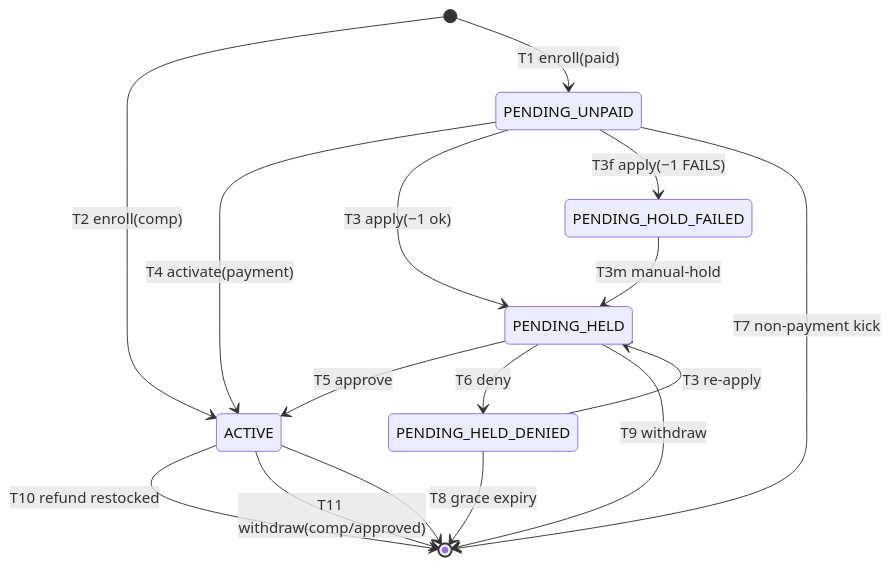
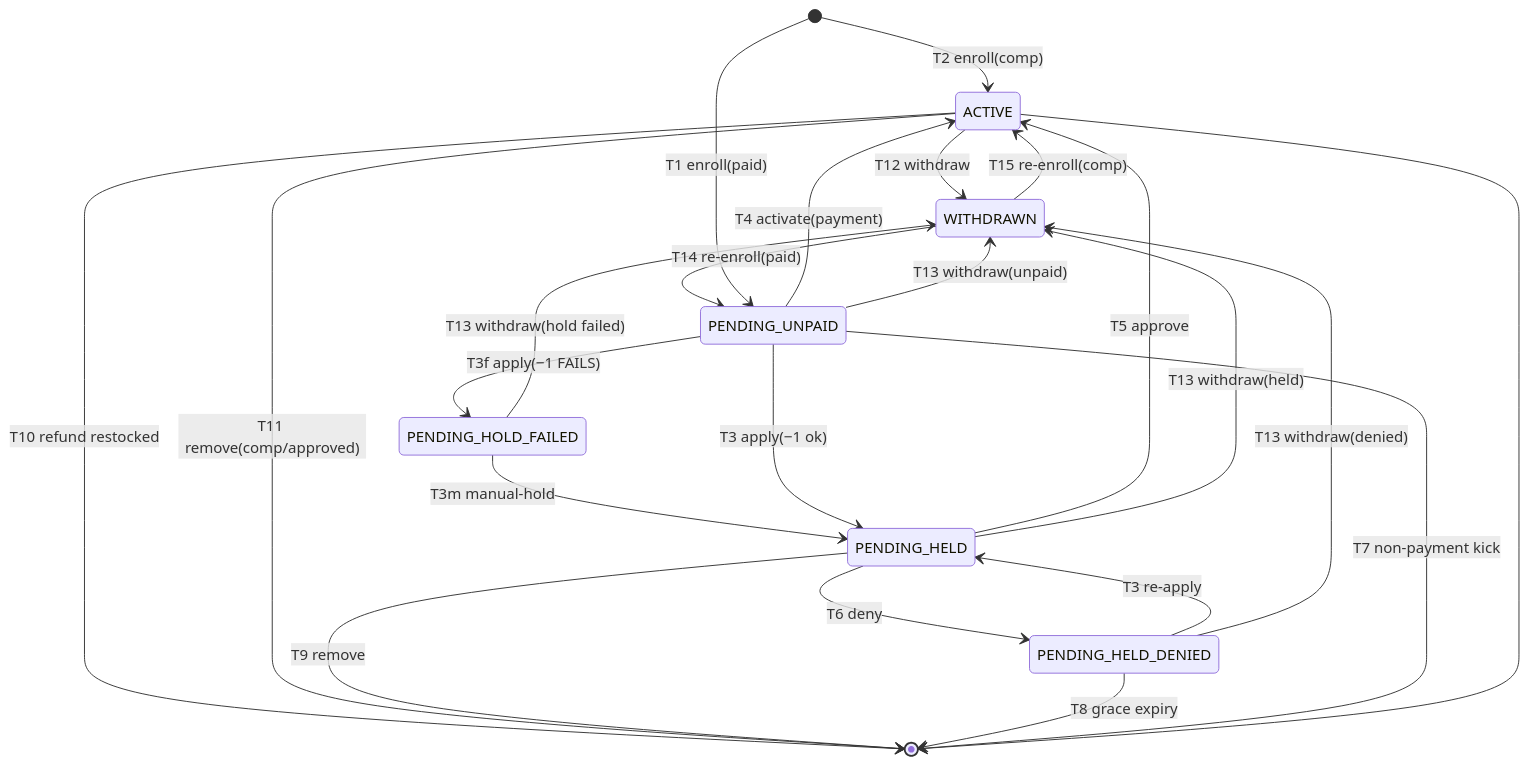
One commit to innovationtreehouse/apps.checkin changed the diagram in docs/generated/lifecycle/enrollment.md. Above: the diagram before and after it, drawn with Mermaid. The commit also changed other lines of this file and 24 other files, not shown here.

````diff
--- a/docs/generated/lifecycle/enrollment.md
+++ b/docs/generated/lifecycle/enrollment.md
@@ -12,18 +12,25 @@
 ```mermaid
 stateDiagram-v2
+    ACTIVE --> WITHDRAWN: T12 withdraw
     ACTIVE --> [*]: T10 refund restocked
-    ACTIVE --> [*]: T11 withdraw(comp/approved)
+    ACTIVE --> [*]: T11 remove(comp/approved)
     PENDING_HELD --> ACTIVE: T5 approve
     PENDING_HELD --> PENDING_HELD_DENIED: T6 deny
-    PENDING_HELD --> [*]: T9 withdraw
+    PENDING_HELD --> WITHDRAWN: T13 withdraw(held)
+    PENDING_HELD --> [*]: T9 remove
     PENDING_HELD_DENIED --> PENDING_HELD: T3 re-apply
+    PENDING_HELD_DENIED --> WITHDRAWN: T13 withdraw(denied)
     PENDING_HELD_DENIED --> [*]: T8 grace expiry
     PENDING_HOLD_FAILED --> PENDING_HELD: T3m manual-hold
+    PENDING_HOLD_FAILED --> WITHDRAWN: T13 withdraw(hold failed)
     PENDING_UNPAID --> ACTIVE: T4 activate(payment)
     PENDING_UNPAID --> PENDING_HELD: T3 apply(−1 ok)
     PENDING_UNPAID --> PENDING_HOLD_FAILED: T3f apply(−1 FAILS)
+    PENDING_UNPAID --> WITHDRAWN: T13 withdraw(unpaid)
     PENDING_UNPAID --> [*]: T7 non-payment kick
+    WITHDRAWN --> ACTIVE: T15 re-enroll(comp)
+    WITHDRAWN --> PENDING_UNPAID: T14 re-enroll(paid)
     [*] --> ACTIVE: T2 enroll(comp)
     [*] --> PENDING_UNPAID: T1 enroll(paid)
     ACTIVE --> [*]
 ```
````
